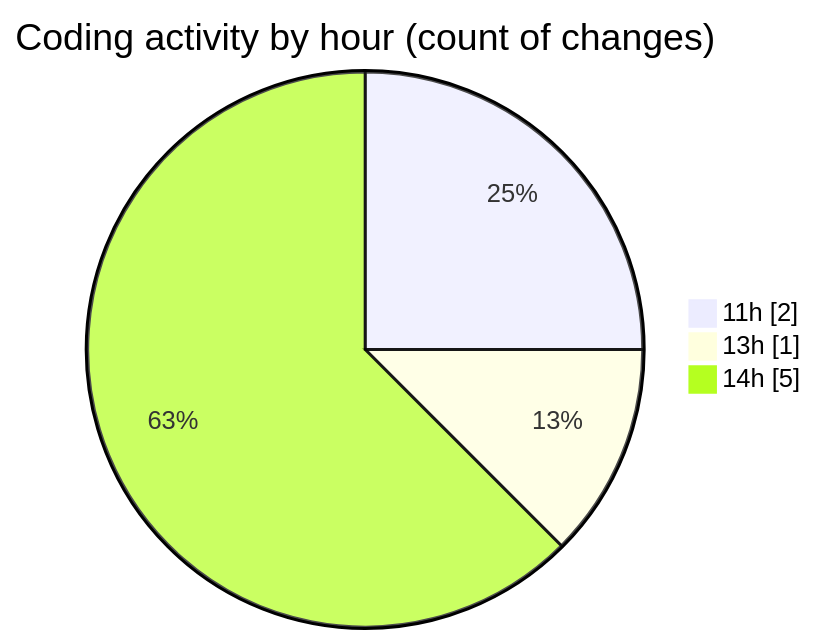
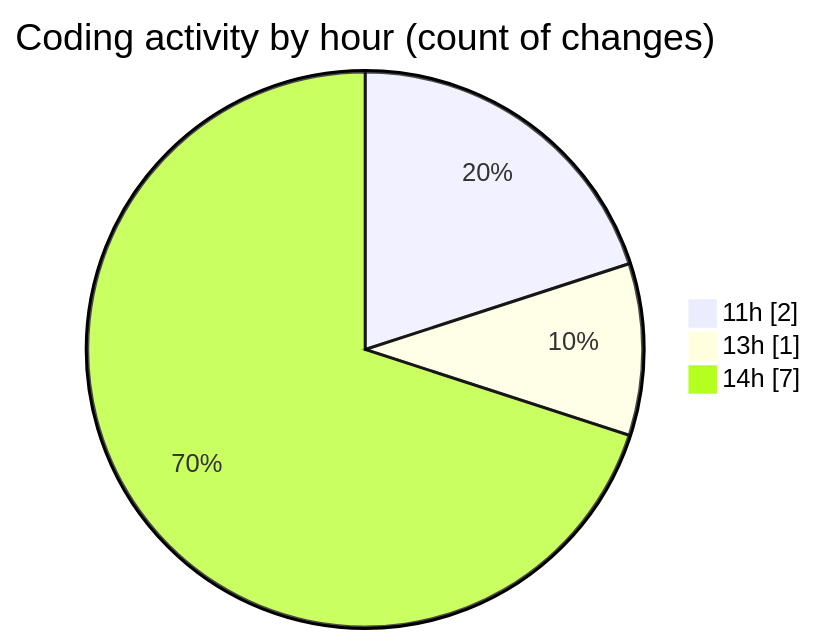
One commit to nxtqubesakshisongat/code-tracking changed the second of 2 diagrams in 2026-06-18/nxtqube_webapp/README.md. Above: the diagram before and after it, drawn with Mermaid. The commit also changed other lines of this file and 1 other file, not shown here.

````diff
--- a/2026-06-18/nxtqube_webapp/README.md
+++ b/2026-06-18/nxtqube_webapp/README.md
@@ -28,7 +28,7 @@
 ```mermaid
 pie showData
 title Coding activity by hour (count of changes)
 "11h" : 2
 "13h" : 1
-"14h" : 5
+"14h" : 7
 ```
````
